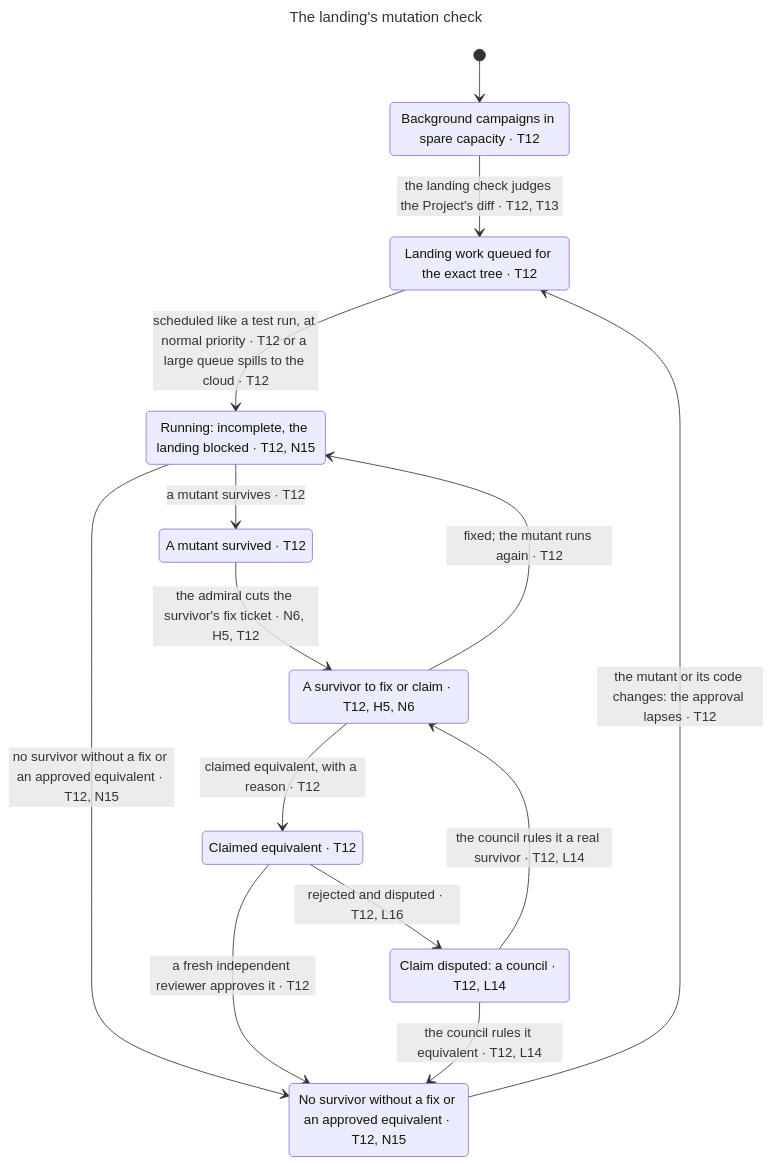
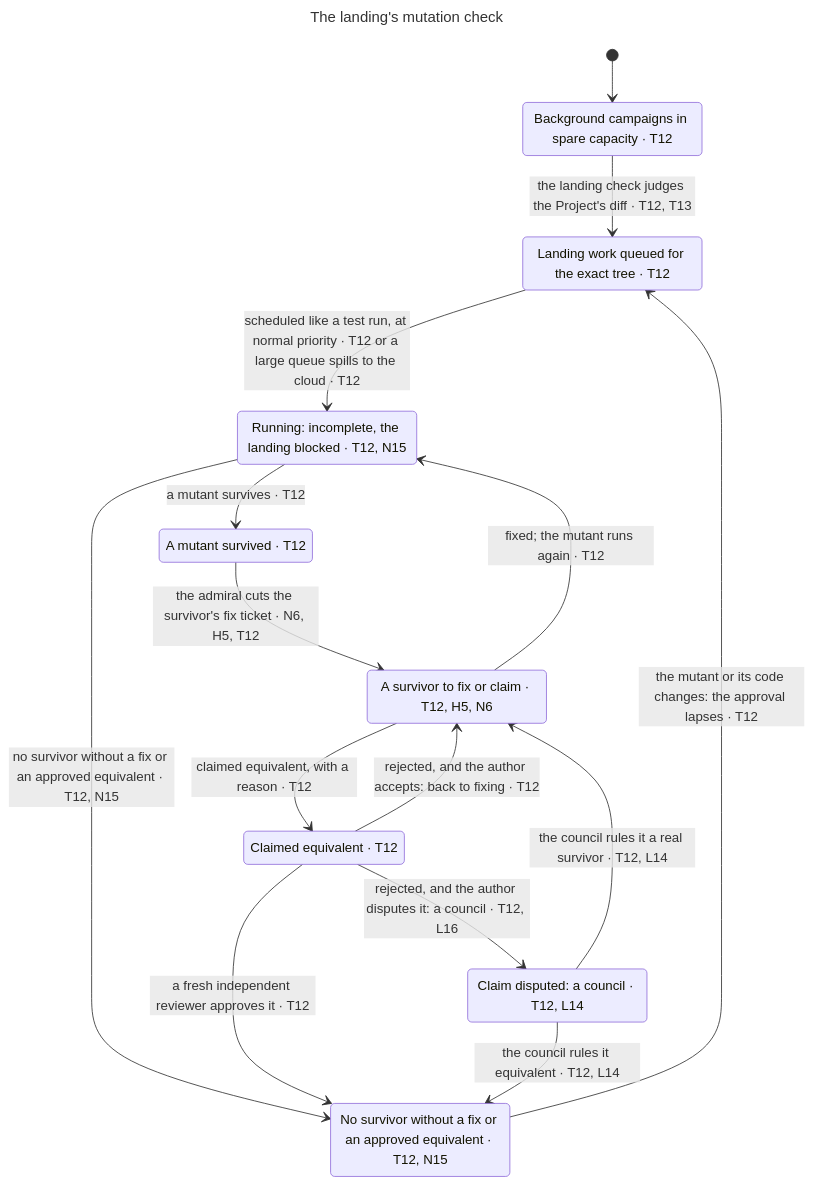
Before and after one commit to BalazsOrg/dydo: the diagram in claims/statechart/mutation/chart.mmd, drawn with Mermaid. The commit also changed 84 other files, not shown here.

```diff
--- a/claims/statechart/mutation/chart.mmd
+++ b/claims/statechart/mutation/chart.mmd
@@ -1,25 +1,26 @@
 ---
 title: "The landing's mutation check"
 ---
 stateDiagram-v2
   s0: Background campaigns in spare capacity #183; T12
   s1: Landing work queued for the exact tree #183; T12
   s2: Running: incomplete, the landing blocked #183; T12, N15
   s3: No survivor without a fix or an approved equivalent #183; T12, N15
   s4: A mutant survived #183; T12
   s5: A survivor to fix or claim #183; T12, H5, N6
   s6: Claimed equivalent #183; T12
   s7: Claim disputed: a council #183; T12, L14
   [*] --> s0
   s0 --> s1: the landing check judges the Project's diff #183; T12, T13
   s1 --> s2: scheduled like a test run, at normal priority #183; T12 or a large queue spills to the cloud #183; T12
   s2 --> s3: no survivor without a fix or an approved equivalent #183; T12, N15
   s2 --> s4: a mutant survives #183; T12
   s3 --> s1: the mutant or its code changes: the approval lapses #183; T12
   s4 --> s5: the admiral cuts the survivor's fix ticket #183; N6, H5, T12
   s5 --> s2: fixed#59; the mutant runs again #183; T12
   s5 --> s6: claimed equivalent, with a reason #183; T12
   s6 --> s3: a fresh independent reviewer approves it #183; T12
-  s6 --> s7: rejected and disputed #183; T12, L16
+  s6 --> s5: rejected, and the author accepts: back to fixing #183; T12
+  s6 --> s7: rejected, and the author disputes it: a council #183; T12, L16
   s7 --> s3: the council rules it equivalent #183; T12, L14
   s7 --> s5: the council rules it a real survivor #183; T12, L14
```
